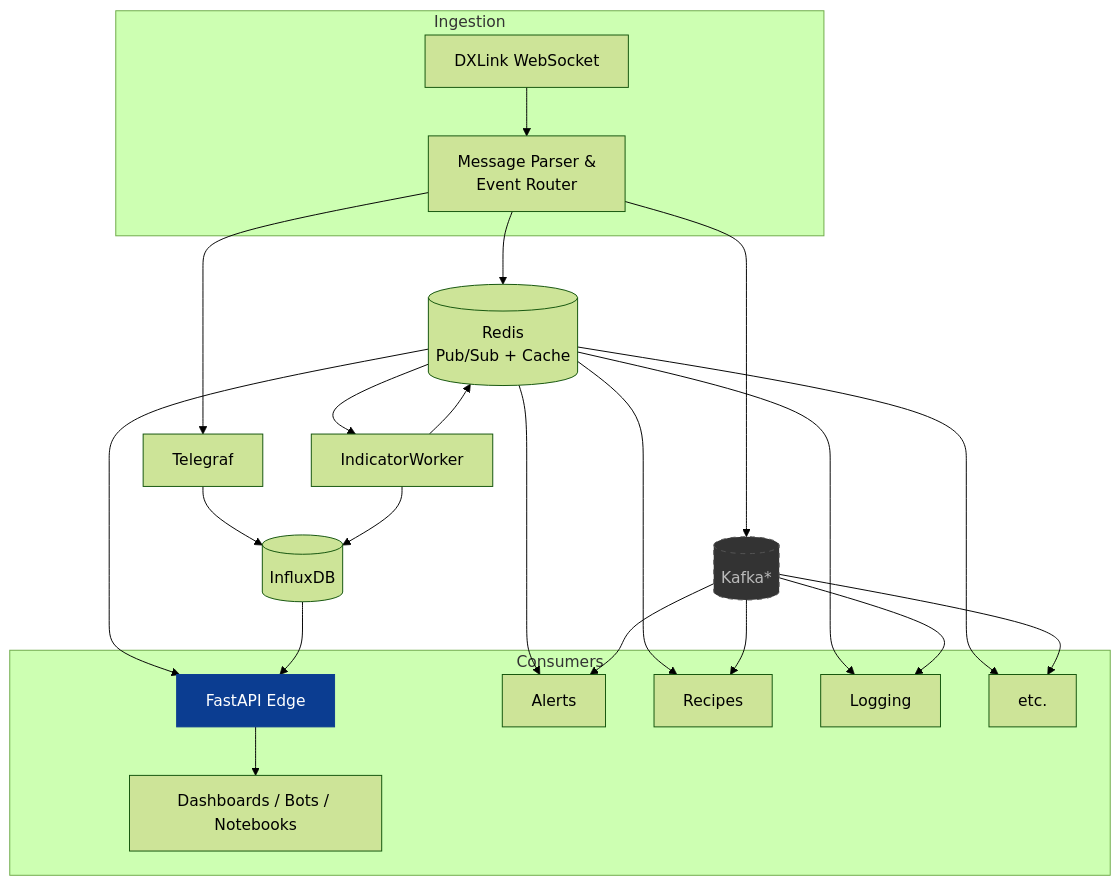
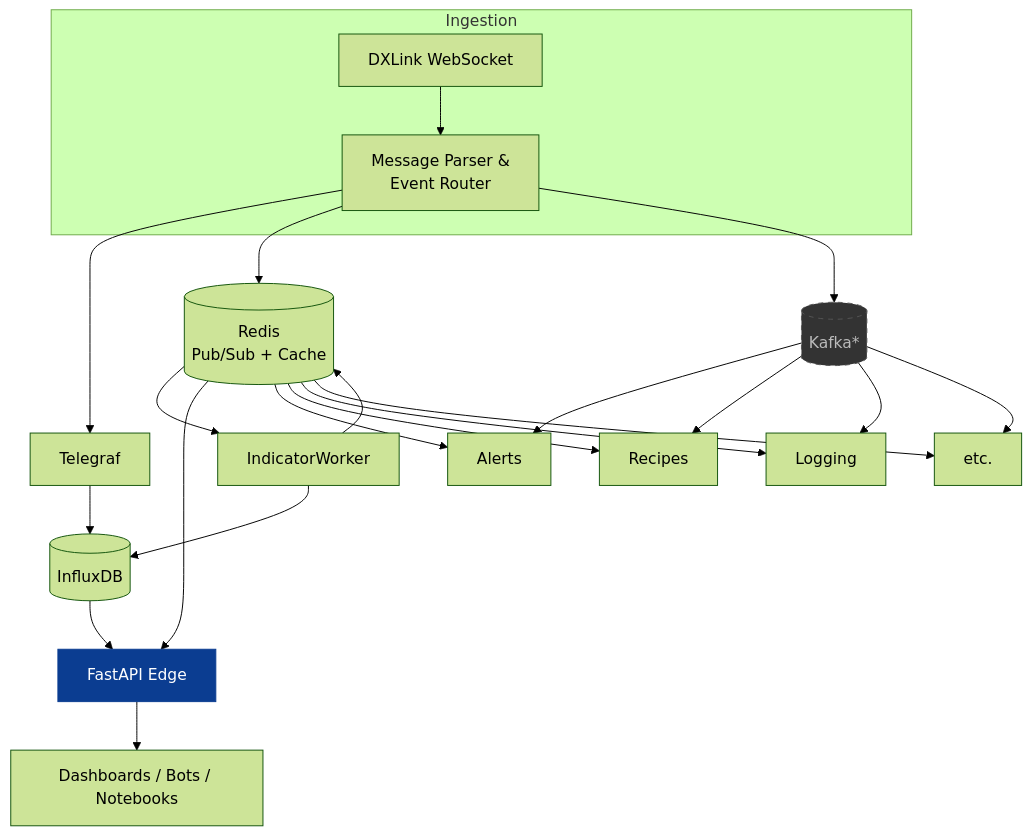
One commit to xmandeng/tastytrade_sdk changed the first of 2 diagrams in README.md. Above: the diagram before and after it, drawn with Mermaid (forest theme).

Commit message:
docs: remove 'Consumers' caption from diagram

````diff
--- a/README.md
+++ b/README.md
@@ -107,48 +107,46 @@
 ```mermaid
 flowchart TB
    %% Ingestion Layer
    subgraph INGEST[Ingestion]
       WS[DXLink WebSocket]
       PARSER[Message Parser &<br/>Event Router]
       WS --> PARSER
    end
 
    %% Core Spine
    PARSER --> TELEGRAF[Telegraf]
    PARSER --> REDIS[(Redis<br/>Pub/Sub + Cache)]
    PARSER --> KAFKA[(Kafka*)]
    TELEGRAF --> INFLUX[(InfluxDB)]
 
    %% Enrichment Worker (loop back)
    REDIS --> WORKER[IndicatorWorker]
    WORKER --> REDIS
    WORKER --> INFLUX
 
    %% Consumer Layer (edge clients + horizontal internal services aligned)
-      subgraph CONSUMERS[Consumers]
          FASTAPI[FastAPI Edge]
          CLIENTS[Dashboards / Bots / Notebooks]
-         %% Horizontal service nodes (no caption box)
+         %% Horizontal service nodes (no caption boxes)
          ALERTS[Alerts]
          RECIPES[Recipes]
          LOGGING[Logging]
          ETC[etc.]
-      end
 
    %% Bus connections
    REDIS --> FASTAPI
    INFLUX --> FASTAPI
    FASTAPI --> CLIENTS
    REDIS --> ALERTS
    REDIS --> RECIPES
    REDIS --> LOGGING
    REDIS --> ETC
    KAFKA --> ALERTS
    KAFKA --> RECIPES
    KAFKA --> LOGGING
    KAFKA --> ETC
 
    classDef opt fill:#333,stroke:#555,color:#bbb,stroke-dasharray:5 5;
    class KAFKA opt;
    style FASTAPI fill:#0b3d91,stroke:#0b3d91,color:#fff
 ```
````
